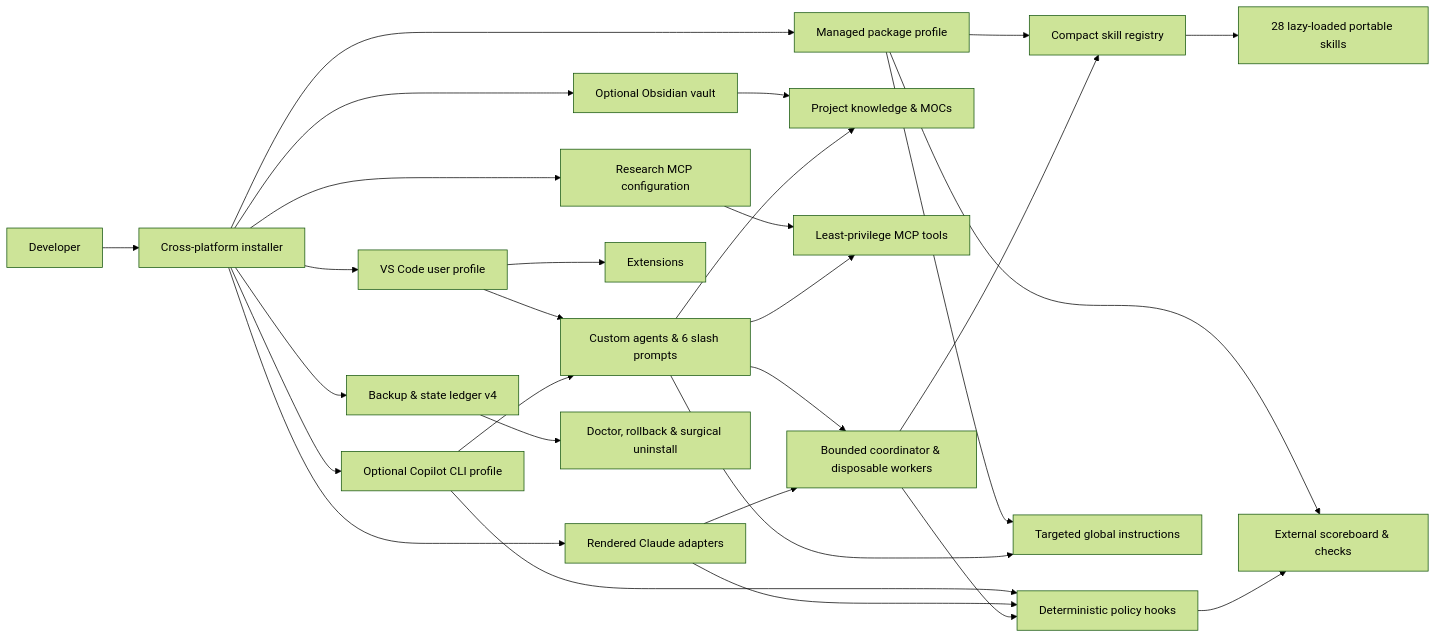
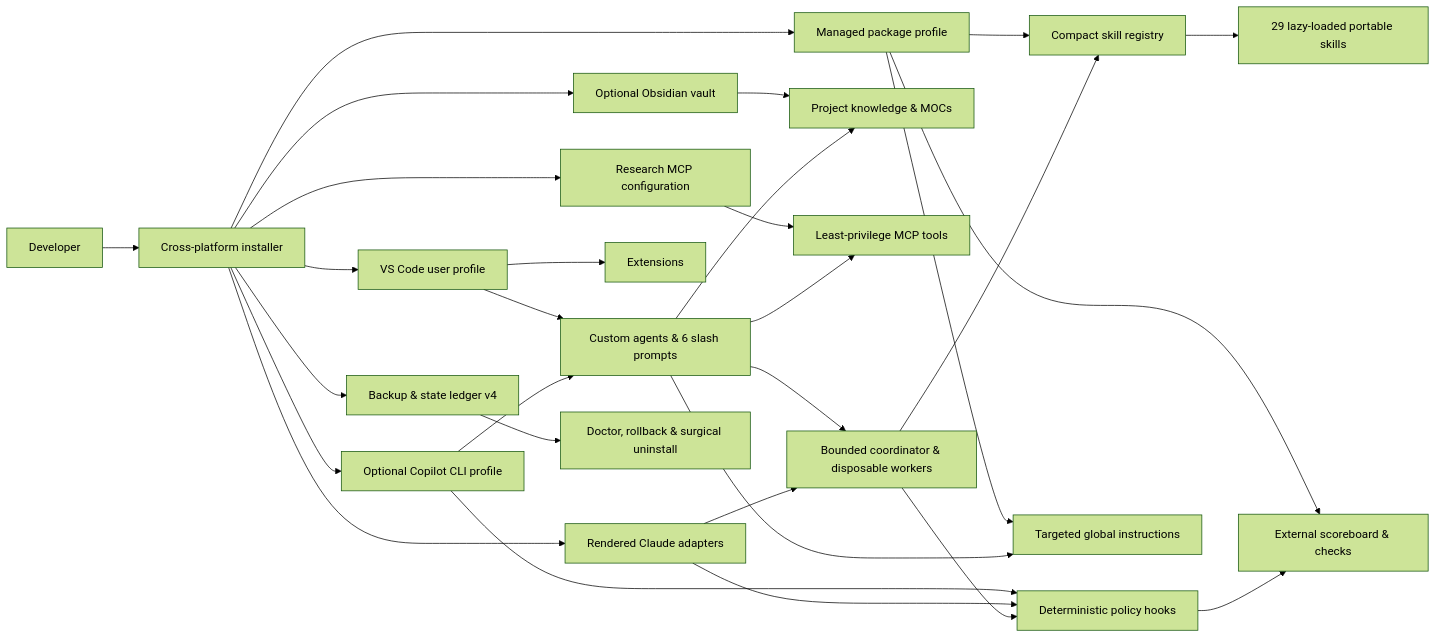
The first of 4 diagrams in README.md (4R9UN/Assured-Arc), drawn with Mermaid (forest theme) before and after one commit. The commit also changed other lines of this file and 34 other files, not shown here.

````diff
--- a/README.md
+++ b/README.md
@@ -105,34 +107,34 @@
 ```mermaid
 flowchart LR
     U[Developer] --> I[Cross-platform installer]
     I --> B[Backup & state ledger v4]
     I --> VS[VS Code user profile]
     I --> CLI[Optional Copilot CLI profile]
     I --> CL[Rendered Claude adapters]
     I --> CP[Managed package profile]
     I --> V[Optional Obsidian vault]
     I --> M[Research MCP configuration]
 
     VS --> E[Extensions]
     VS --> A[Custom agents & 6 slash prompts]
     CLI --> A
     CLI --> HK[Deterministic policy hooks]
     CL --> HK
     CP --> SC[External scoreboard & checks]
     CP --> SR[Compact skill registry]
-    SR --> S[28 lazy-loaded portable skills]
+    SR --> S[29 lazy-loaded portable skills]
     CP --> IN[Targeted global instructions]
     V --> K[Project knowledge & MOCs]
     M --> T[Least-privilege MCP tools]
 
     A --> H[Bounded coordinator & disposable workers]
     CL --> H
     H --> SR
     H --> HK
     HK --> SC
     A --> IN
     A --> K
     A --> T
 
     B --> R[Doctor, rollback & surgical uninstall]
 ```
````
